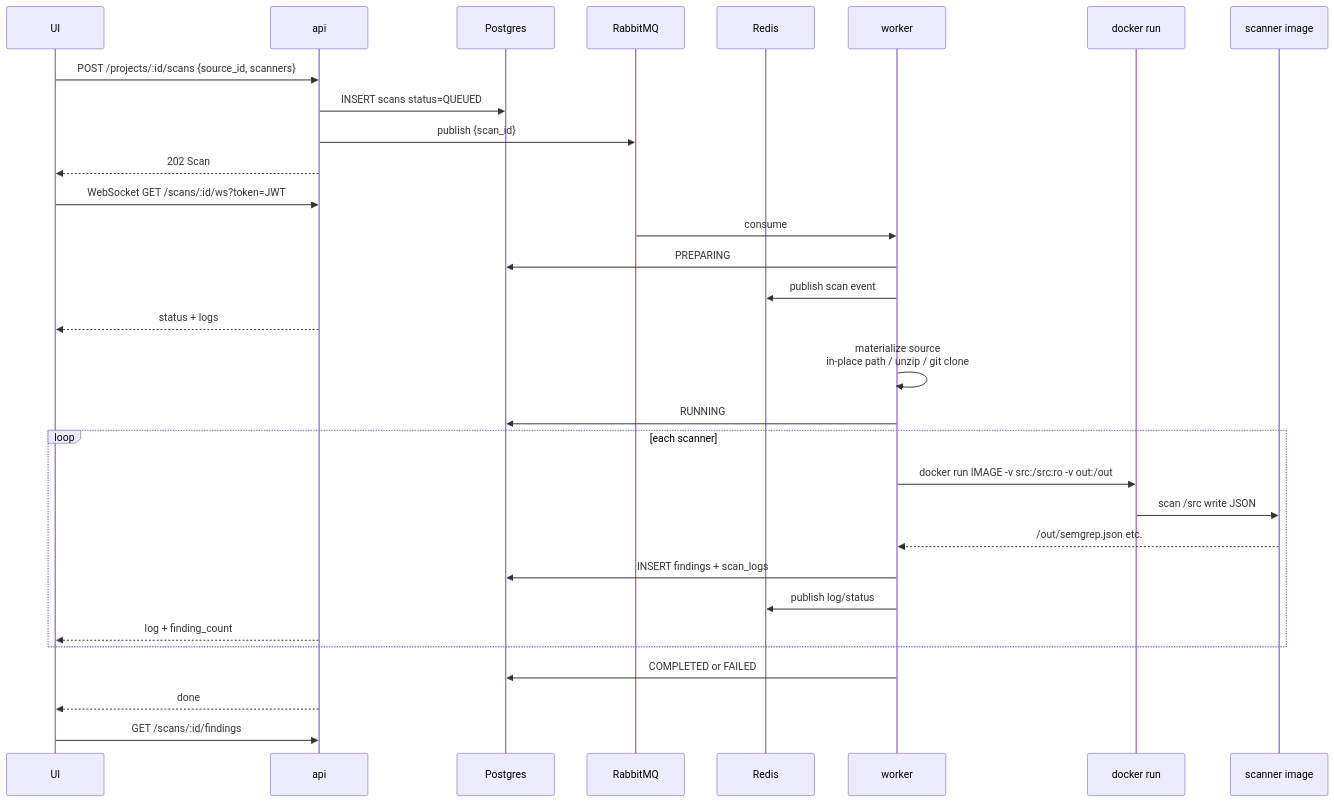
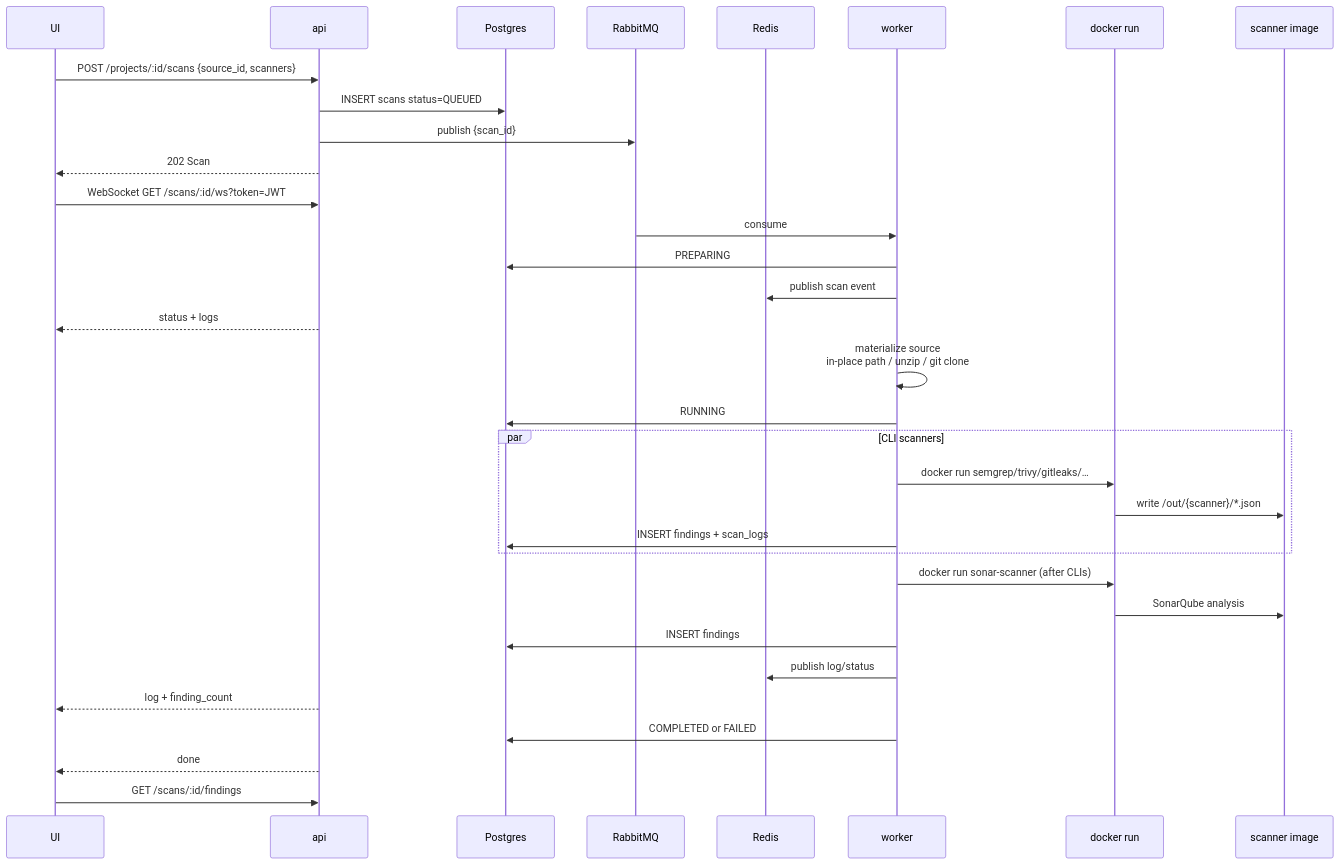
The fourth of 6 diagrams in docs/data-flow.md (BugCodeLabs/BugCodeShield), drawn with Mermaid before and after one commit. The commit also changed 21 other files, not shown here.

````diff
--- a/docs/data-flow.md
+++ b/docs/data-flow.md
@@ -87,37 +87,39 @@
 ```mermaid
 sequenceDiagram
   participant U as UI
   participant A as api
   participant P as Postgres
   participant Q as RabbitMQ
   participant R as Redis
   participant W as worker
   participant D as docker run
   participant S as scanner image
 
   U->>A: POST /projects/:id/scans {source_id, scanners}
   A->>P: INSERT scans status=QUEUED
   A->>Q: publish {scan_id}
   A-->>U: 202 Scan
   U->>A: WebSocket GET /scans/:id/ws?token=JWT
 
   Q->>W: consume
   W->>P: PREPARING
   W->>R: publish scan event
   A-->>U: status + logs
   W->>W: materialize source<br/>in-place path / unzip / git clone
   W->>P: RUNNING
 
-  loop each scanner
-    W->>D: docker run IMAGE -v src:/src:ro -v out:/out
-    D->>S: scan /src write JSON
-    S-->>W: /out/semgrep.json etc.
+  par CLI scanners
+    W->>D: docker run semgrep/trivy/gitleaks/…
+    D->>S: write /out/{scanner}/*.json
     W->>P: INSERT findings + scan_logs
-    W->>R: publish log/status
-    A-->>U: log + finding_count
   end
+  W->>D: docker run sonar-scanner (after CLIs)
+  D->>S: SonarQube analysis
+  W->>P: INSERT findings
+  W->>R: publish log/status
+  A-->>U: log + finding_count
 
   W->>P: COMPLETED or FAILED
   A-->>U: done
   U->>A: GET /scans/:id/findings
 ```
````
